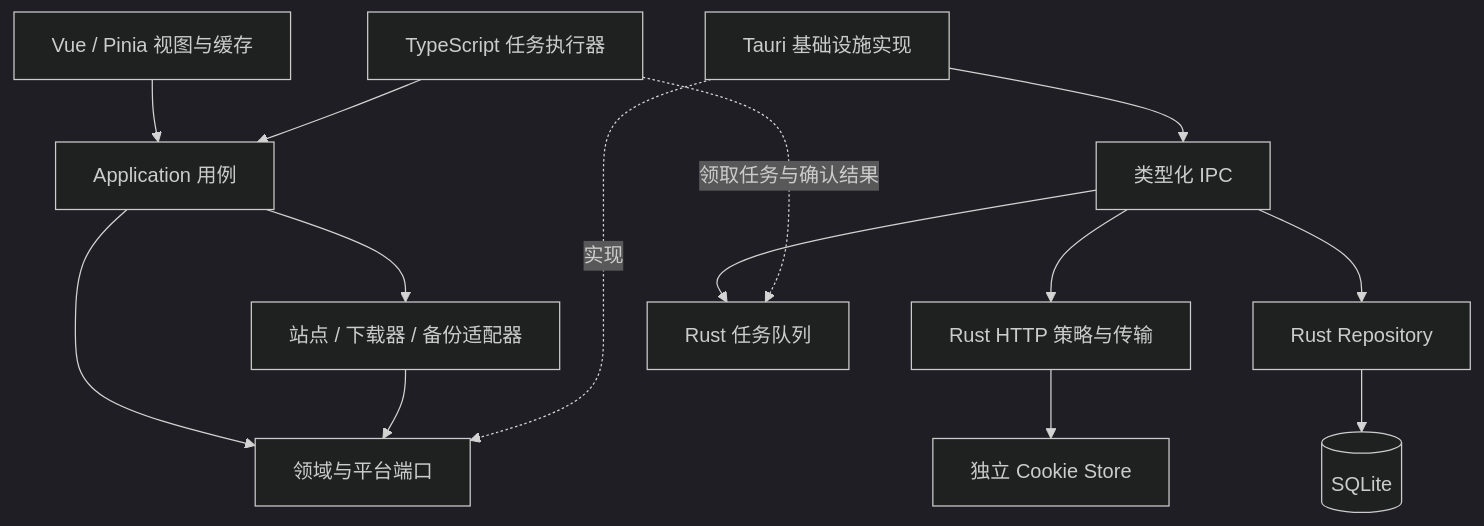
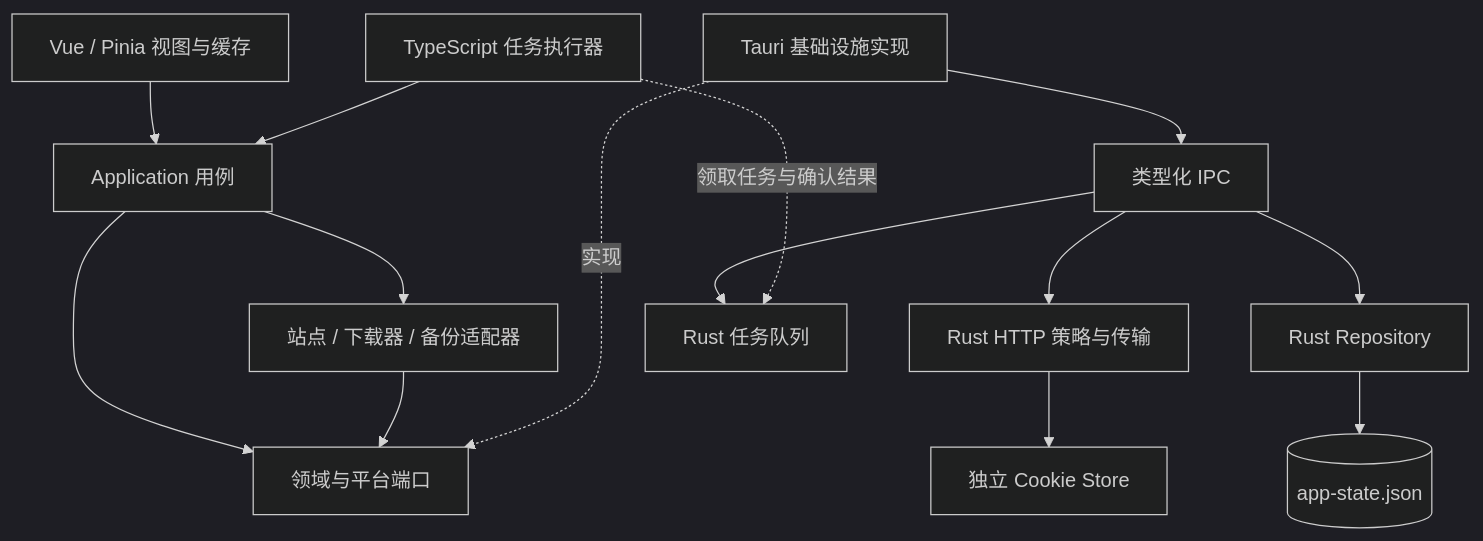
One commit to lubezhang/pt-depiler changed the diagram in docs/2026-09-30-架构优化方案.md. Above: the diagram before and after it, drawn with Mermaid (dark theme). The commit also changed other lines of this file and 45 other files, not shown here.

````diff
--- a/docs/2026-09-30-架构优化方案.md
+++ b/docs/2026-09-30-架构优化方案.md
@@ -46,16 +46,16 @@
 ```mermaid
 flowchart TB
   UI[Vue / Pinia 视图与缓存] --> APP[Application 用例]
   WORKER[TypeScript 任务执行器] --> APP
   APP --> INTEGRATIONS[站点 / 下载器 / 备份适配器]
   APP --> PORTS[领域与平台端口]
   INTEGRATIONS --> PORTS
   INFRA[Tauri 基础设施实现] -. 实现 .-> PORTS
   INFRA --> IPC[类型化 IPC]
   IPC --> HTTP[Rust HTTP 策略与传输]
   IPC --> REPO[Rust Repository]
   IPC --> TASKS[Rust 任务队列]
-  REPO --> DB[(SQLite)]
+  REPO --> JSON[(app-state.json)]
   HTTP --> COOKIES[独立 Cookie Store]
   WORKER -. 领取任务与确认结果 .-> TASKS
 ```
````
